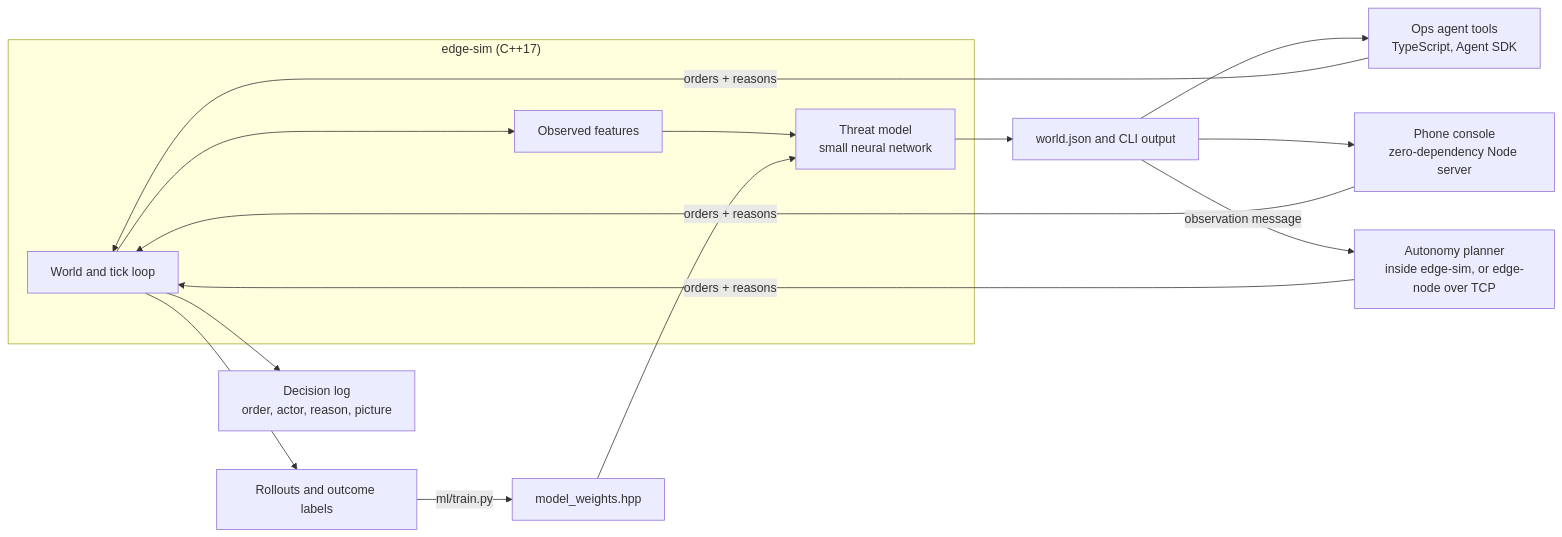
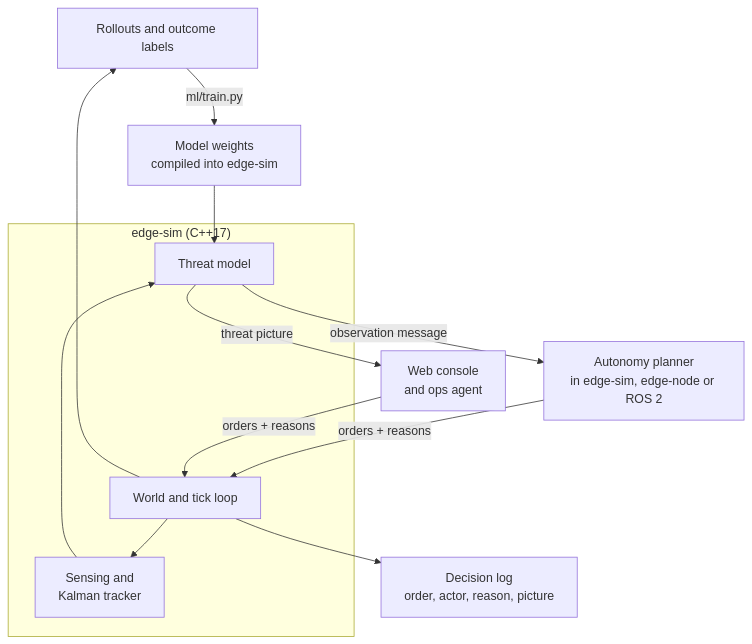
Before and after one commit to SergioB03/TeeHee: the diagram in edge-sentry/README.md, drawn with Mermaid. The commit also changed other lines of this file and 8 other files, not shown here.

````diff
--- a/edge-sentry/README.md
+++ b/edge-sentry/README.md
@@ -102,18 +118,15 @@
 ```mermaid
-flowchart LR
+flowchart TD
+    R[Rollouts and outcome labels] -->|ml/train.py| WT[Model weights<br/>compiled into edge-sim]
     subgraph sim["edge-sim (C++17)"]
-        W[World and tick loop] --> F[Observed features]
-        F --> M[Threat model<br/>small neural network]
+        W[World and tick loop] --> S[Sensing and<br/>Kalman tracker]
+        S --> M[Threat model]
     end
-    R[Rollouts and outcome labels] -->|ml/train.py| WT[model_weights.hpp]
     WT --> M
-    M --> J[world.json and CLI output]
-    J --> A[Ops agent tools<br/>TypeScript, Agent SDK]
-    J --> P[Phone console<br/>zero-dependency Node server]
-    J -->|observation message| N[Autonomy planner<br/>inside edge-sim, or edge-node over TCP]
+    W --> R
+    M -->|observation message| N[Autonomy planner<br/>in edge-sim, edge-node or ROS 2]
+    M -->|threat picture| C[Web console<br/>and ops agent]
     N -->|orders + reasons| W
-    A -->|orders + reasons| W
-    P -->|orders + reasons| W
+    C -->|orders + reasons| W
     W --> D[Decision log<br/>order, actor, reason, picture]
-    W --> R
 ```
````
